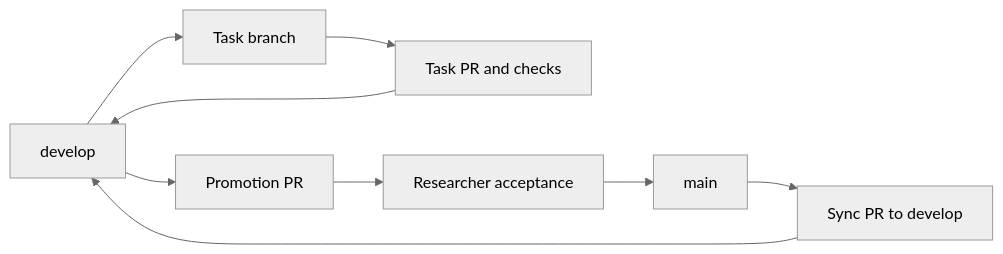
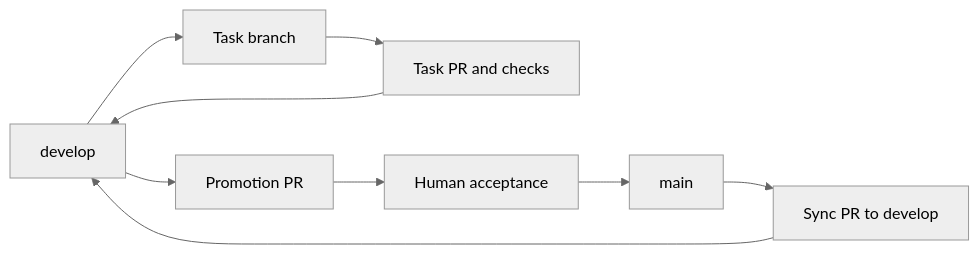
Before and after one commit to jairzinhosantos/thinking-harness: the diagram in docs/standards/std-0003-branching-and-releases.md, drawn with Mermaid (neutral theme). The commit also changed other lines of this file and 25 other files, not shown here.

````diff
--- a/docs/standards/std-0003-branching-and-releases.md
+++ b/docs/standards/std-0003-branching-and-releases.md
@@ -23,11 +23,11 @@
 ```mermaid
 flowchart LR
     D[develop] --> T[Task branch]
     T --> Q[Task PR and checks]
     Q --> D
     D --> P[Promotion PR]
-    P --> A[Researcher acceptance]
+    P --> A[Human acceptance]
     A --> M[main]
     M --> S[Sync PR to develop]
     S --> D
 ```
````
